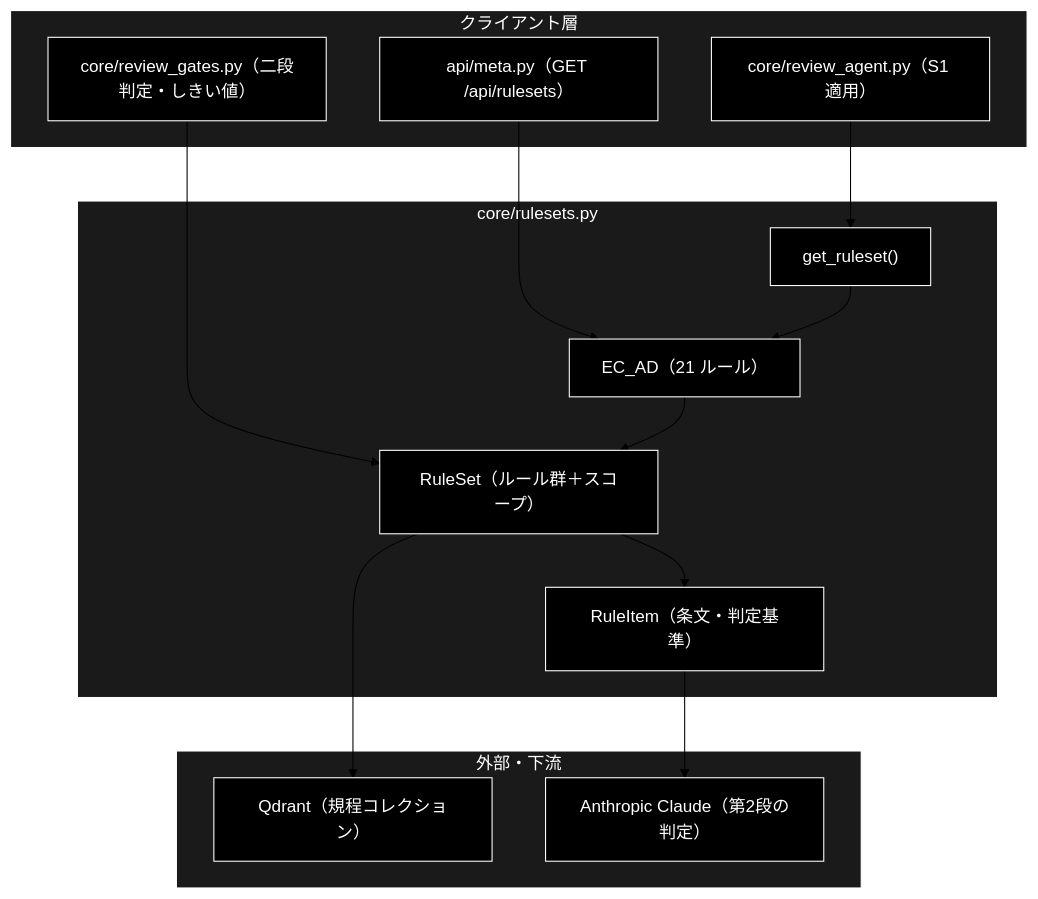
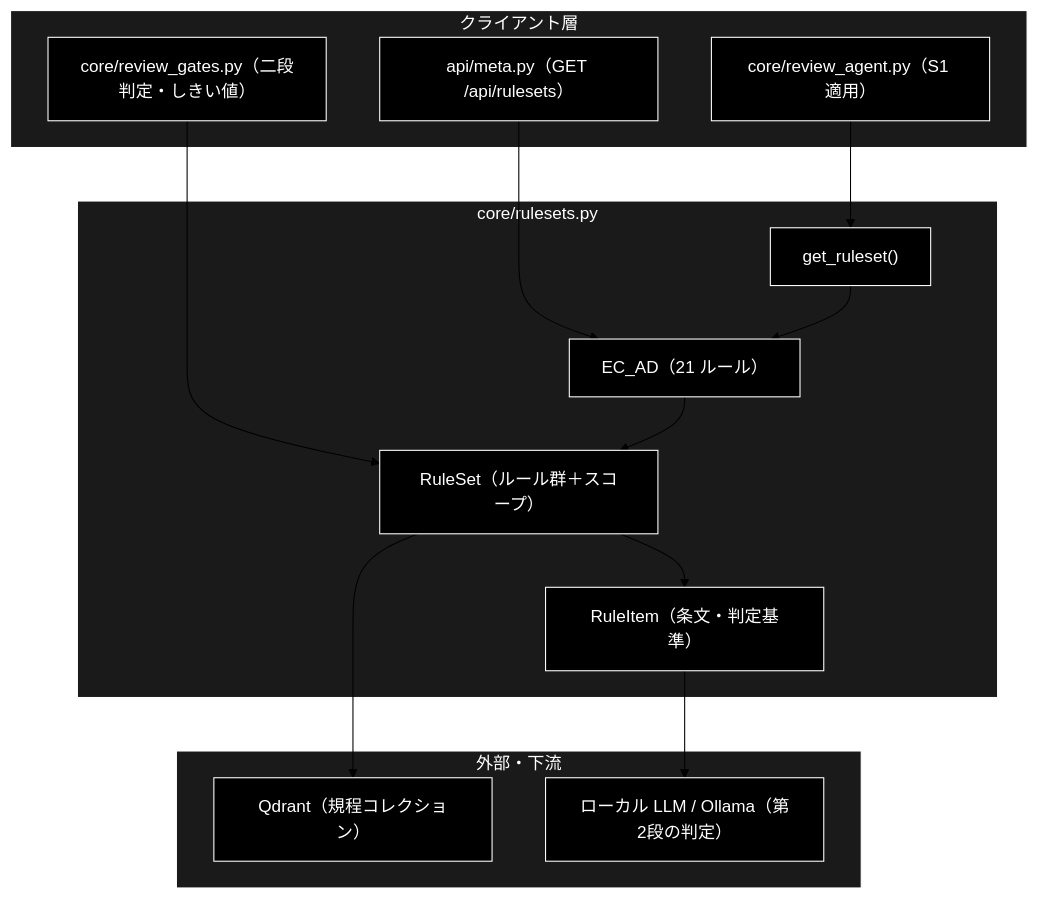
One commit to nakashima2toshio/grace_v2_local changed the first of 3 diagrams in backend/docs/core_rulesets.md. Above: the diagram before and after it, drawn with Mermaid (forest theme). The commit also changed 12 other files, not shown here.

````diff
--- a/backend/docs/core_rulesets.md
+++ b/backend/docs/core_rulesets.md
@@ -81,35 +81,35 @@
 ```mermaid
 flowchart TB
     subgraph CLIENT["クライアント層"]
         AGENT["core/review_agent.py（S1 適用）"]
         GATES["core/review_gates.py（二段判定・しきい値）"]
         META["api/meta.py（GET /api/rulesets）"]
     end
 
     subgraph MODULE["core/rulesets.py"]
         RULEITEM["RuleItem（条文・判定基準）"]
         RULESET["RuleSet（ルール群＋スコープ）"]
         ECAD["EC_AD（21 ルール）"]
         GETRS["get_ruleset()"]
     end
 
     subgraph EXTERNAL["外部・下流"]
         QDRANT["Qdrant（規程コレクション）"]
-        LLM["Anthropic Claude（第2段の判定）"]
+        LLM["ローカル LLM / Ollama（第2段の判定）"]
     end
 
     AGENT --> GETRS
     GATES --> RULESET
     META --> ECAD
     GETRS --> ECAD
     ECAD --> RULESET
     RULESET --> RULEITEM
     RULESET --> QDRANT
     RULEITEM --> LLM
 classDef default fill:#000,stroke:#fff,color:#fff
 classDef subgraphStyle fill:#1a1a1a,stroke:#fff,color:#fff
 class AGENT,GATES,META,RULEITEM,RULESET,ECAD,GETRS,QDRANT,LLM default
 style CLIENT fill:#1a1a1a,stroke:#fff,color:#fff
 style MODULE fill:#1a1a1a,stroke:#fff,color:#fff
 style EXTERNAL fill:#1a1a1a,stroke:#fff,color:#fff
 ```
````
